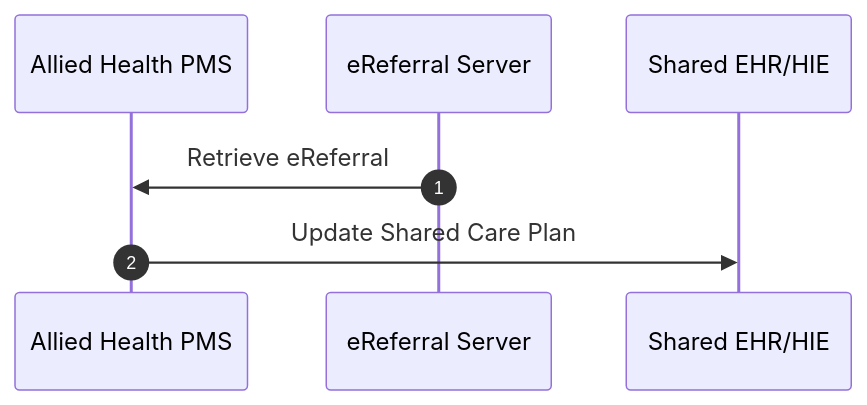
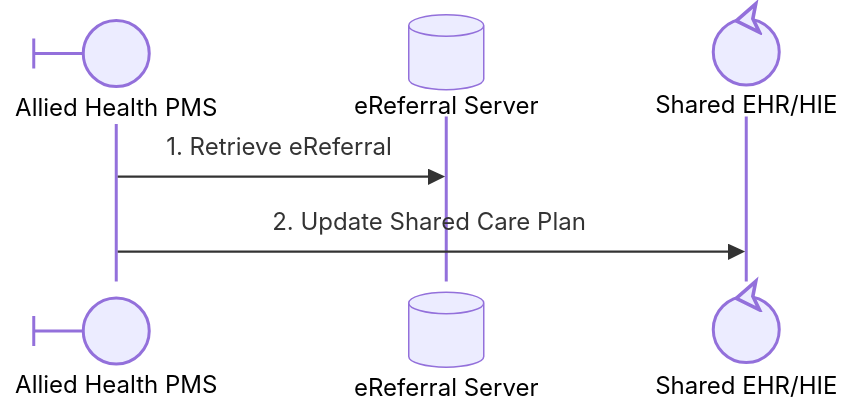
The sixth of 7 diagrams in au-fhir-test-data-set/connected-care/Alex Story Interactions.md (hl7au/au-fhir-test-data), drawn with Mermaid before and after one commit. The commit also changed other lines of this file, not shown here.

Commit message:
Updated Alex Story Interactions.md so diagrams read initiator→responder directly, with manual numbering, typed/described participants, and consistent naming.

````diff
--- a/au-fhir-test-data-set/connected-care/Alex Story Interactions.md
+++ b/au-fhir-test-data-set/connected-care/Alex Story Interactions.md
@@ -259,11 +286,10 @@
 ```mermaid
 sequenceDiagram
-    autonumber
-    participant PMS as Allied Health PMS
-    participant RefSvr as eReferral Server
-    participant EHRSvr as Shared EHR/HIE
+    participant PMS@{ "type" : "boundary" } as Allied Health PMS
+    participant RefSvr@{ "type" : "database" } as eReferral Server
+    participant EHRSvr@{ "type" : "control" } as Shared EHR/HIE
 
-    RefSvr->>PMS: Retrieve eReferral
+    PMS->>RefSvr: 1. Retrieve eReferral
     
-    PMS->>EHRSvr: Update Shared Care Plan
+    PMS->>EHRSvr: 2. Update Shared Care Plan
 ```
````
